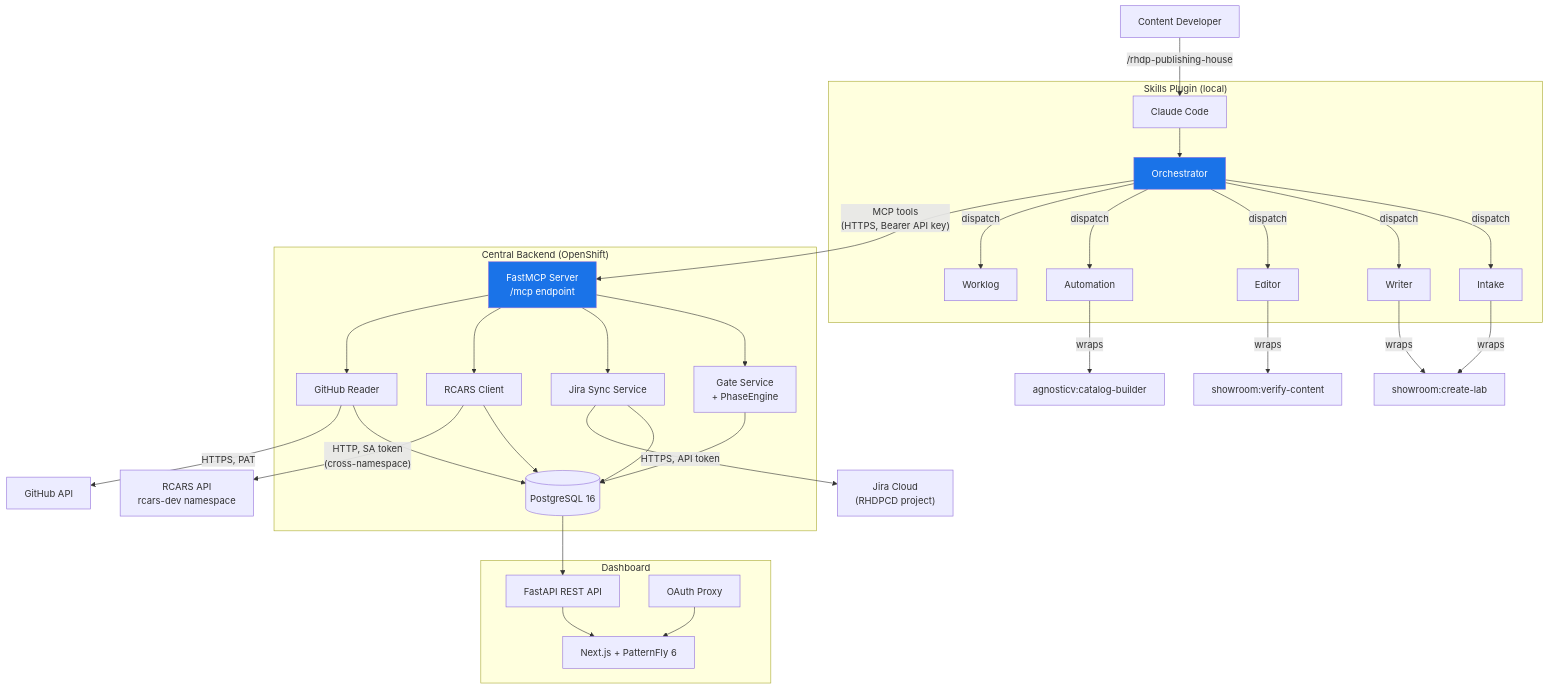
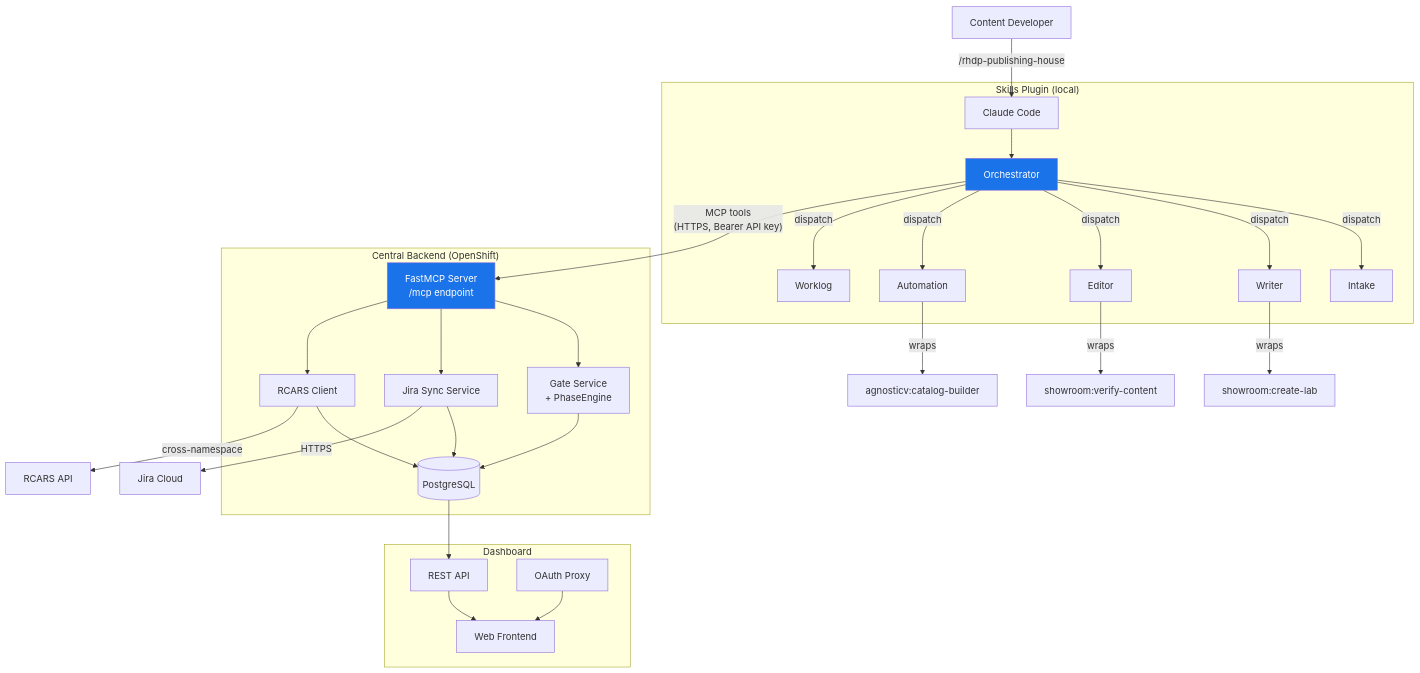
Before and after one commit to treddy08/rhdp-publishing-house: the diagram in docs/architecture/system-design.md, drawn with Mermaid. The commit also changed other lines of this file, not shown here.

First line of the commit message:
[RHDPCD-47] Apply review feedback to system-design page

````diff
--- a/docs/architecture/system-design.md
+++ b/docs/architecture/system-design.md
@@ -25,45 +23,41 @@
 ```mermaid
 graph TD
     Dev["Content Developer"] -->|"/rhdp-publishing-house"| CC["Claude Code"]
 
     subgraph "Skills Plugin (local)"
         CC --> Orch["Orchestrator"]
         Orch -->|"dispatch"| Intake["Intake"]
         Orch -->|"dispatch"| Writer["Writer"]
         Orch -->|"dispatch"| Editor["Editor"]
         Orch -->|"dispatch"| Auto["Automation"]
         Orch -->|"dispatch"| WL["Worklog"]
     end
 
-    Intake -->|"wraps"| SLab["showroom:create-lab"]
-    Writer -->|"wraps"| SLab
+    Writer -->|"wraps"| SLab["showroom:create-lab"]
     Editor -->|"wraps"| SVerify["showroom:verify-content"]
     Auto -->|"wraps"| ACat["agnosticv:catalog-builder"]
 
     Orch -->|"MCP tools<br/>(HTTPS, Bearer API key)"| MCP
 
     subgraph "Central Backend (OpenShift)"
         MCP["FastMCP Server<br/>/mcp endpoint"]
         MCP --> Gate["Gate Service<br/>+ PhaseEngine"]
         MCP --> Jira["Jira Sync Service"]
         MCP --> RC["RCARS Client"]
-        MCP --> GHR["GitHub Reader"]
-        Gate --> PG[(PostgreSQL 16)]
+        Gate --> PG[(PostgreSQL)]
         Jira --> PG
-        GHR --> PG
         RC --> PG
     end
 
     subgraph "Dashboard"
-        PG --> API["FastAPI REST API"]
-        API --> FE["Next.js + PatternFly 6"]
-        OA["OAuth Proxy"] --> FE
+        PG --> API["REST API"]
+        OA["OAuth Proxy"] --> FE["Web Frontend"]
+        API --> FE
     end
 
-    RC -->|"HTTP, SA token<br/>(cross-namespace)"| RCARS["RCARS API<br/>rcars-dev namespace"]
-    Jira -->|"HTTPS, API token"| JC["Jira Cloud<br/>(RHDPCD project)"]
-    GHR -->|"HTTPS, PAT"| GH["GitHub API"]
+    RC -->|"cross-namespace"| RCARS["RCARS API"]
+    Jira -->|"HTTPS"| JC["Jira Cloud"]
 
     style Orch fill:#1a73e8,color:#fff
     style MCP fill:#1a73e8,color:#fff
 ```
````
